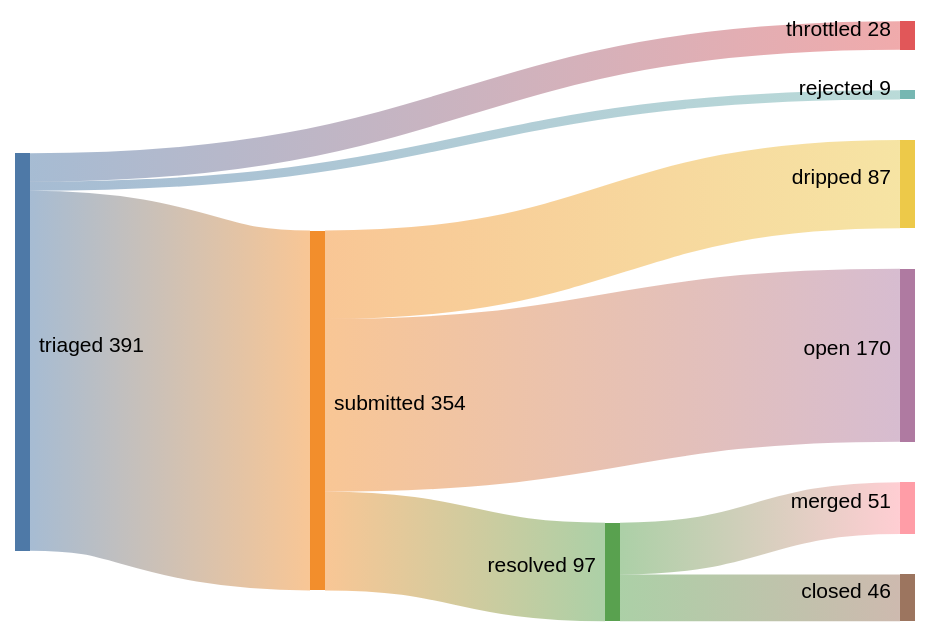
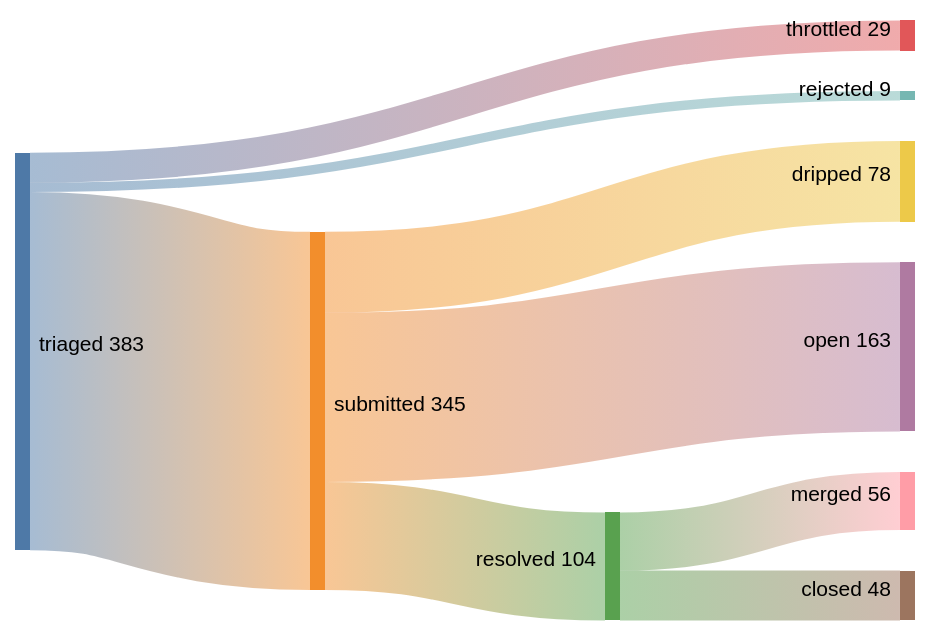
One commit to kimjune01/kimjune01 changed the first of 3 diagrams in README.md. Above: the diagram before and after it, drawn with Mermaid (forest theme). The commit also changed other lines of this file, not shown here.

````diff
--- a/README.md
+++ b/README.md
@@ -5,11 +5,11 @@
 ```mermaid
 sankey-beta
-    triaged,    submitted, 354
-    triaged,    throttled, 28
+    triaged,    submitted, 345
+    triaged,    throttled, 29
     triaged,    rejected,  9
-    submitted,  resolved,  97
-    submitted,  dripped,   87
-    submitted,  open,      170
-    resolved,   merged,    51
-    resolved,   closed,    46
+    submitted,  resolved,  104
+    submitted,  dripped,   78
+    submitted,  open,      163
+    resolved,   merged,    56
+    resolved,   closed,    48
 ```
````
